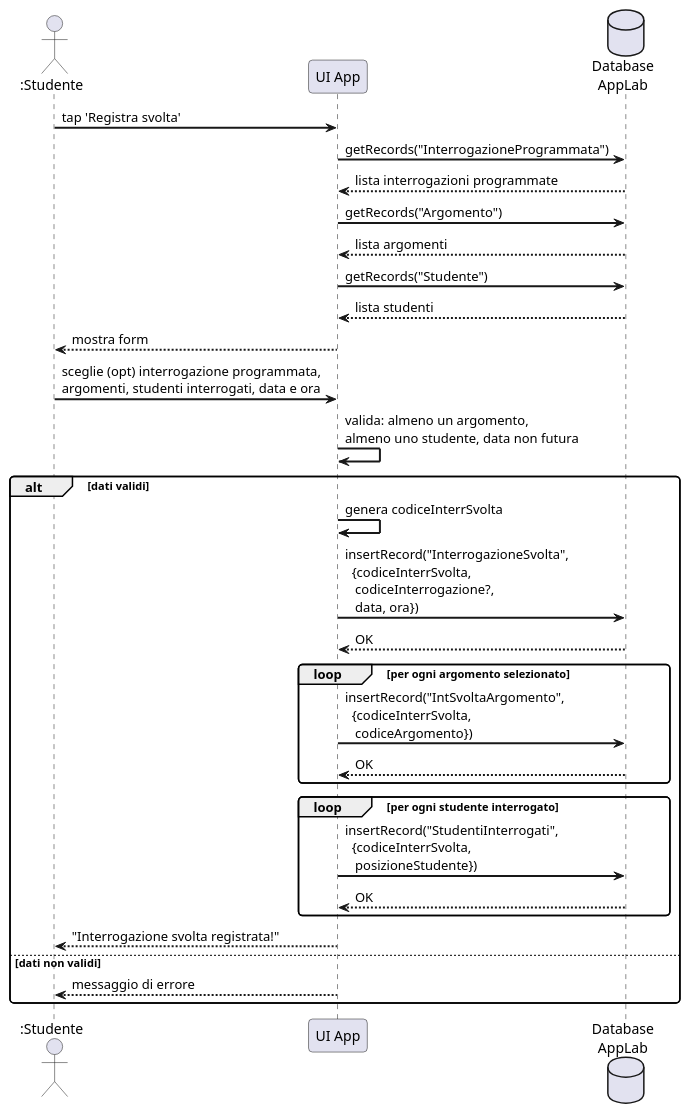
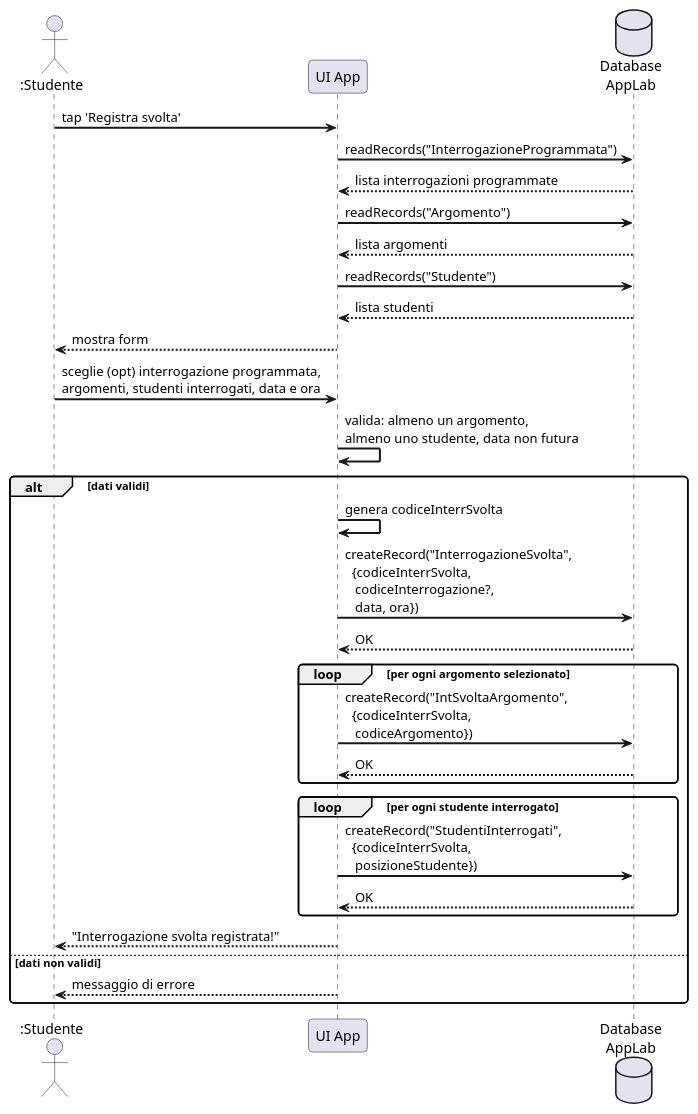
Before and after one commit to gionatamassibenincasa/study-together: the seventh of 8 diagrams in srs.adoc, drawn with PlantUML. The commit also changed other lines of this file and 17 other files, not shown here.

```diff
--- a/srs.adoc
+++ b/srs.adoc
@@ -728,43 +748,43 @@
 [plantuml, sd-registra-svolta, svg]
 ....
 @startuml
 skinparam sequenceArrowThickness 2
 skinparam roundcorner 8
 
 actor ":Studente" as S
 participant "UI App" as UI
 database "Database\nAppLab" as DB
 
 S -> UI : tap 'Registra svolta'
-UI -> DB : getRecords("InterrogazioneProgrammata")
+UI -> DB : readRecords("InterrogazioneProgrammata")
 DB --> UI : lista interrogazioni programmate
 
-UI -> DB : getRecords("Argomento")
+UI -> DB : readRecords("Argomento")
 DB --> UI : lista argomenti
 
-UI -> DB : getRecords("Studente")
+UI -> DB : readRecords("Studente")
 DB --> UI : lista studenti
 
 UI --> S : mostra form
 
 S -> UI : sceglie (opt) interrogazione programmata,\nargomenti, studenti interrogati, data e ora
 UI -> UI : valida: almeno un argomento,\nalmeno uno studente, data non futura
 
 alt dati validi
   UI -> UI : genera codiceInterrSvolta
-  UI -> DB : insertRecord("InterrogazioneSvolta",\n  {codiceInterrSvolta,\n   codiceInterrogazione?,\n   data, ora})
+  UI -> DB : createRecord("InterrogazioneSvolta",\n  {codiceInterrSvolta,\n   codiceInterrogazione?,\n   data, ora})
   DB --> UI : OK
   loop per ogni argomento selezionato
-    UI -> DB : insertRecord("IntSvoltaArgomento",\n  {codiceInterrSvolta,\n   codiceArgomento})
+    UI -> DB : createRecord("IntSvoltaArgomento",\n  {codiceInterrSvolta,\n   codiceArgomento})
     DB --> UI : OK
   end
   loop per ogni studente interrogato
-    UI -> DB : insertRecord("StudentiInterrogati",\n  {codiceInterrSvolta,\n   posizioneStudente})
+    UI -> DB : createRecord("StudentiInterrogati",\n  {codiceInterrSvolta,\n   posizioneStudente})
     DB --> UI : OK
   end
   UI --> S : "Interrogazione svolta registrata!"
 else dati non validi
   UI --> S : messaggio di errore
 end
 @enduml
 ....
```
